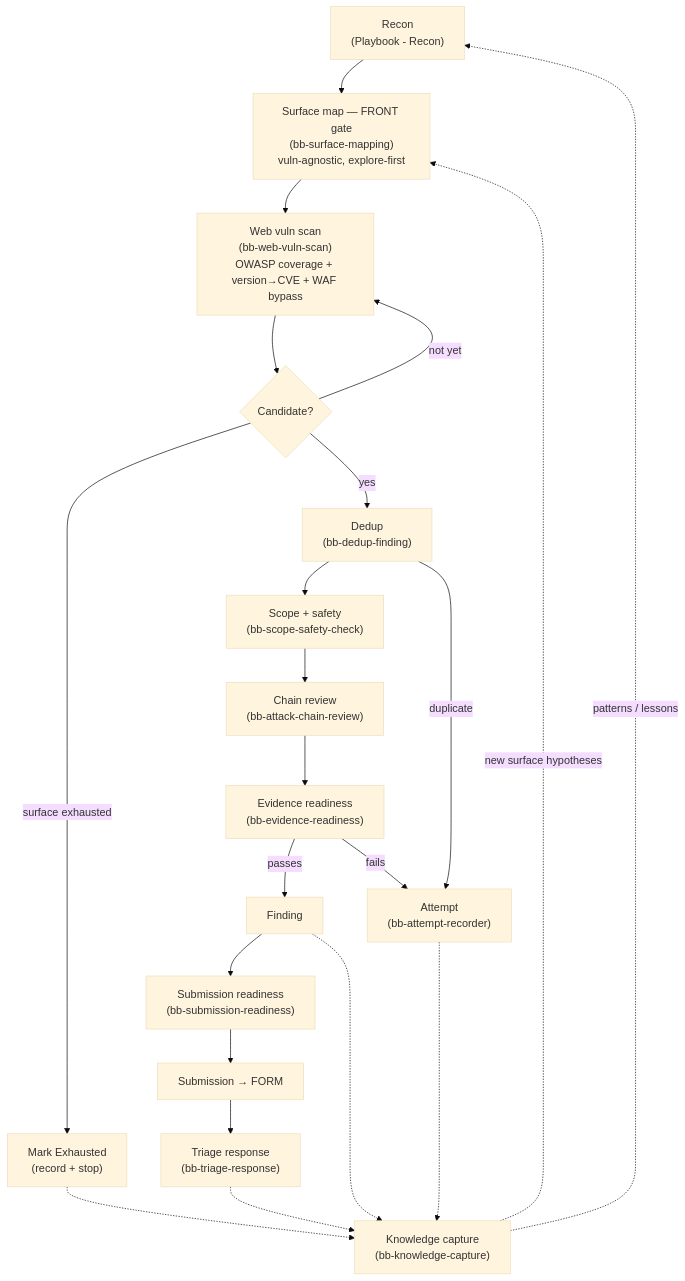
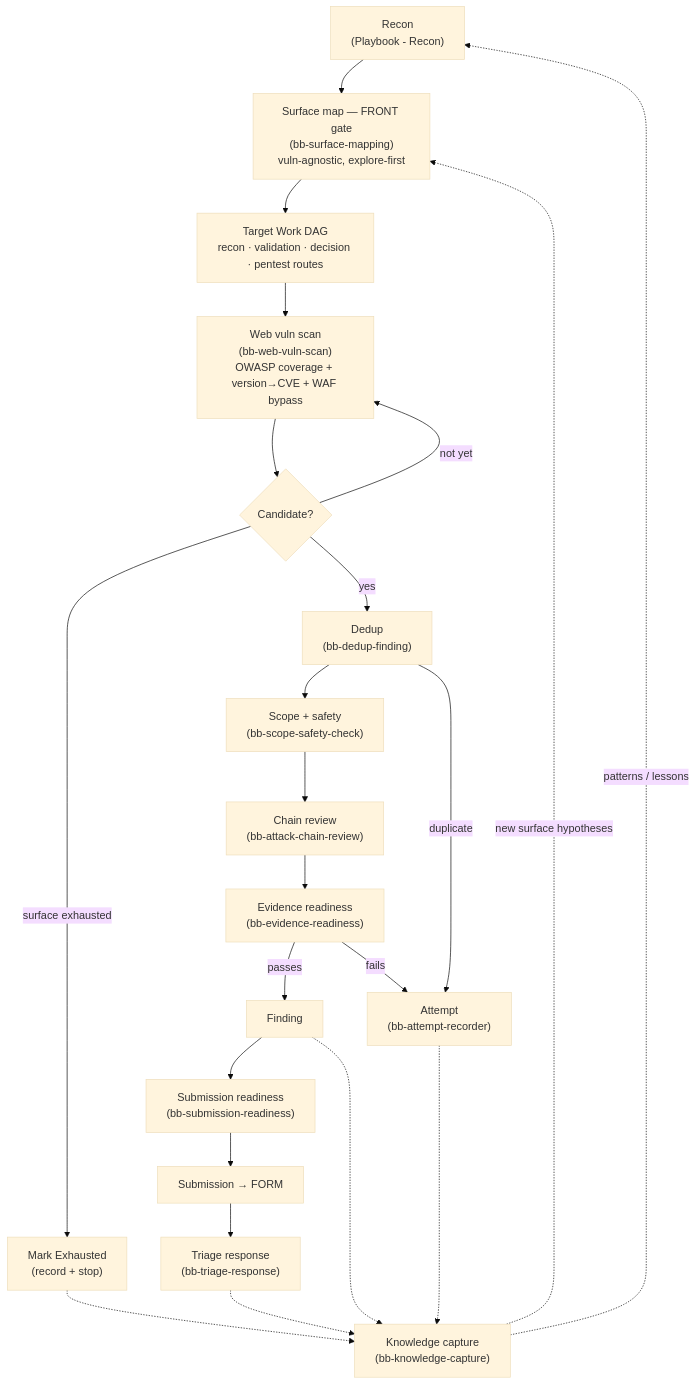
One commit to guan4tou2/bug-bounty-vault-framework changed the diagram in docs/workflow.md. Above: the diagram before and after it, drawn with Mermaid (base theme). The commit also changed other lines of this file and 10 other files, not shown here.

Commit message:
framework: add decision DAG workflow

````diff
--- a/docs/workflow.md
+++ b/docs/workflow.md
@@ -22,24 +22,25 @@
 ```mermaid
 flowchart TD
   R["Recon<br/>(Playbook - Recon)"] --> SM["Surface map — FRONT gate<br/>(bb-surface-mapping)<br/>vuln-agnostic, explore-first"]
-  SM --> WV["Web vuln scan<br/>(bb-web-vuln-scan)<br/>OWASP coverage + version→CVE + WAF bypass"]
+  SM --> DAG["Target Work DAG<br/>recon · validation · decision · pentest routes"]
+  DAG --> WV["Web vuln scan<br/>(bb-web-vuln-scan)<br/>OWASP coverage + version→CVE + WAF bypass"]
   WV --> C{"Candidate?"}
   C -->|"not yet"| WV
   C -->|"surface exhausted"| EX["Mark Exhausted<br/>(record + stop)"]
   C -->|yes| D["Dedup<br/>(bb-dedup-finding)"]
   D --> S["Scope + safety<br/>(bb-scope-safety-check)"]
   S --> CH["Chain review<br/>(bb-attack-chain-review)"]
   CH --> E["Evidence readiness<br/>(bb-evidence-readiness)"]
   E -->|passes| F["Finding"]
   E -->|fails| A["Attempt<br/>(bb-attempt-recorder)"]
   D -->|duplicate| A
   F --> SR["Submission readiness<br/>(bb-submission-readiness)"]
   SR --> SUB["Submission → FORM"]
   SUB --> T["Triage response<br/>(bb-triage-response)"]
   F -.-> KC["Knowledge capture<br/>(bb-knowledge-capture)"]
   A -.-> KC
   EX -.-> KC
   T -.-> KC
   KC -.->|"patterns / lessons"| R
   KC -.->|"new surface hypotheses"| SM
 ```
````
